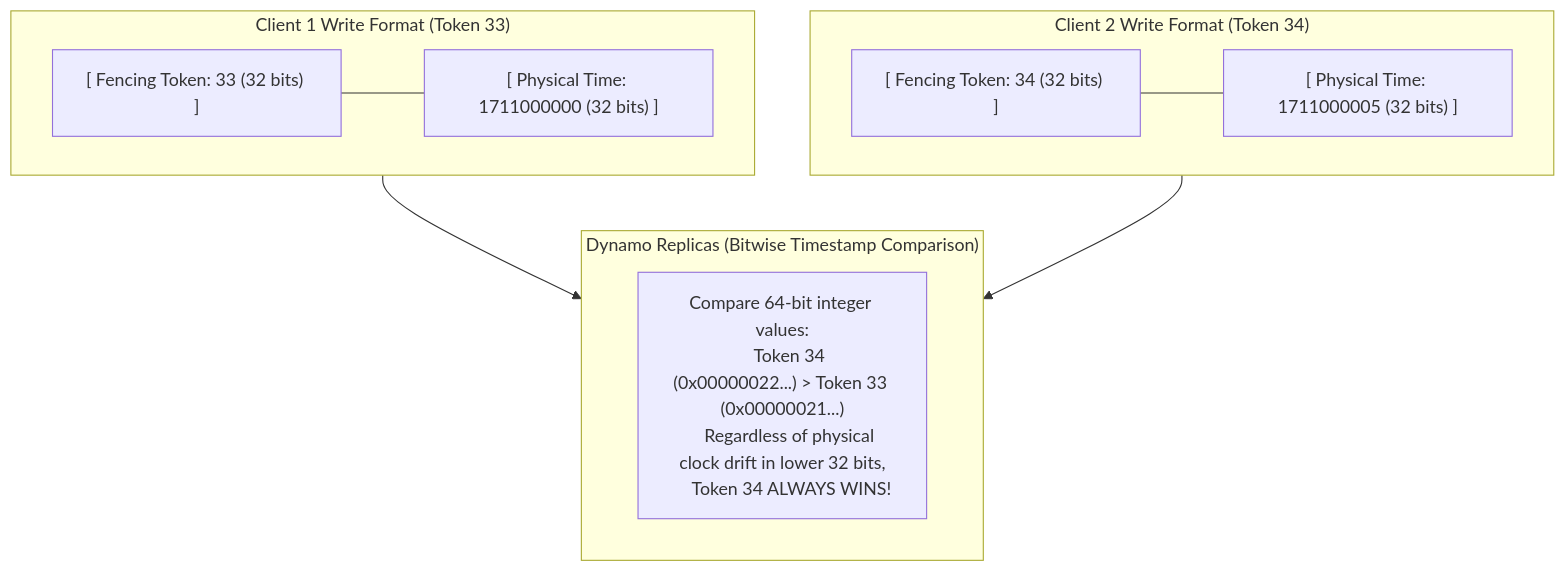
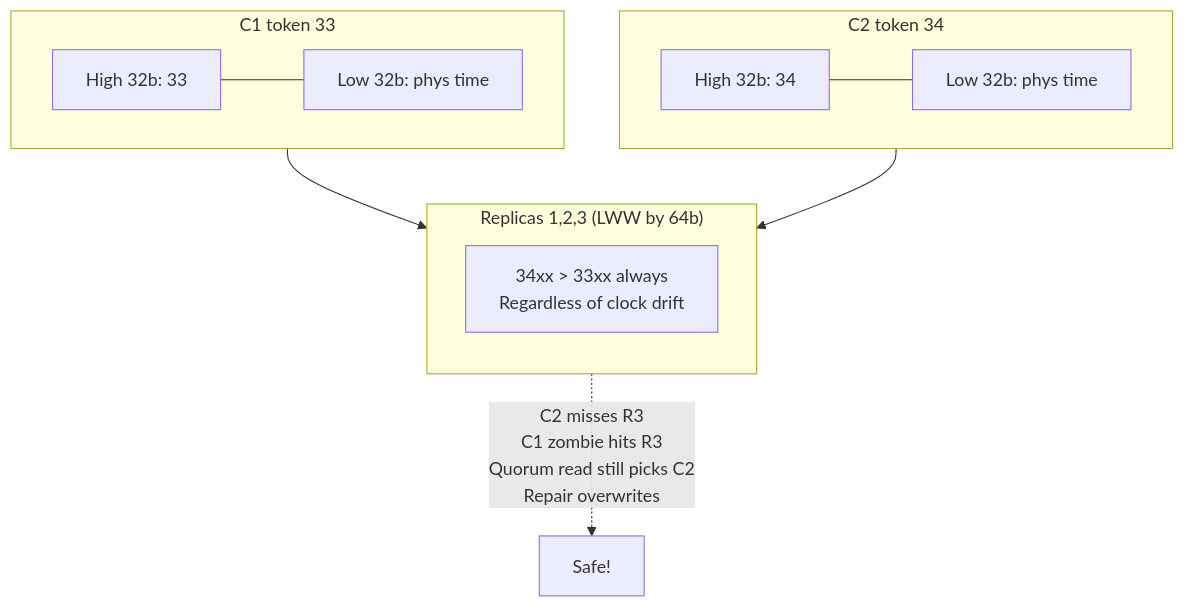
The seventh of 7 diagrams in 01 Designing Data-Intensive Applications/chapter-09-the-trouble-with-distributed-systems.md (1mimhe/books-summery), drawn with Mermaid before and after one commit. The commit also changed other lines of this file and 2 other files, not shown here.

Commit message:
docs(book01): forensic rewrite ch08-10 (14 txn figs+XSSI, fig 9-5/Byzantine, IDs/UUID consensus)

````diff
--- a/01 Designing Data-Intensive Applications/chapter-09-the-trouble-with-distributed-systems.md
+++ b/01 Designing Data-Intensive Applications/chapter-09-the-trouble-with-distributed-systems.md
@@ -380,27 +409,22 @@
 ```mermaid
 flowchart TD
-  subgraph T33["Client 1 Write Format (Token 33)"]
+  subgraph W33["C1 token 33"]
     direction LR
-    B1["[ Fencing Token: 33 (32 bits) ]"]
-    B2["[ Physical Time: 1711000000 (32 bits) ]"]
-    B1 --- B2
+    H33["High 32b: 33"]
+    L33["Low 32b: phys time"]
+    H33 --- L33
   end
-
-  subgraph T34["Client 2 Write Format (Token 34)"]
+  subgraph W34["C2 token 34"]
     direction LR
-    C1["[ Fencing Token: 34 (32 bits) ]"]
-    C2["[ Physical Time: 1711000005 (32 bits) ]"]
-    C1 --- C2
+    H34["High 32b: 34"]
+    L34["Low 32b: phys time"]
+    H34 --- L34
   end
-
-  subgraph REPLICAS["Dynamo Replicas (Bitwise Timestamp Comparison)"]
+  subgraph RPL["Replicas 1,2,3 (LWW by 64b)"]
     direction TB
-    CMP["Compare 64-bit integer values:
-    Token 34 (0x00000022...) > Token 33 (0x00000021...)
-    Regardless of physical clock drift in lower 32 bits,
-    Token 34 ALWAYS WINS!"]
+    CMP["34xx > 33xx always<br/>Regardless of clock drift"]
   end
-
-  T33 --> REPLICAS
-  T34 --> REPLICAS
+  W33 --> RPL
+  W34 --> RPL
+  RPL -.->|"C2 misses R3<br/>C1 zombie hits R3<br/>Quorum read still picks C2<br/>Repair overwrites"| OK["Safe!"]
 ```
````
